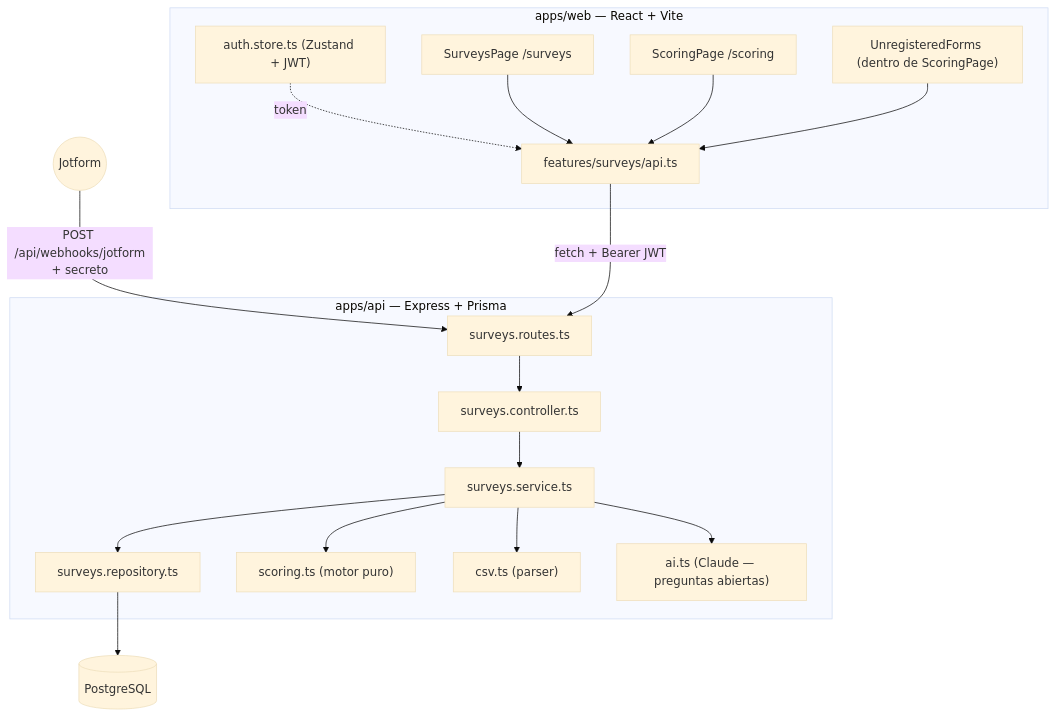
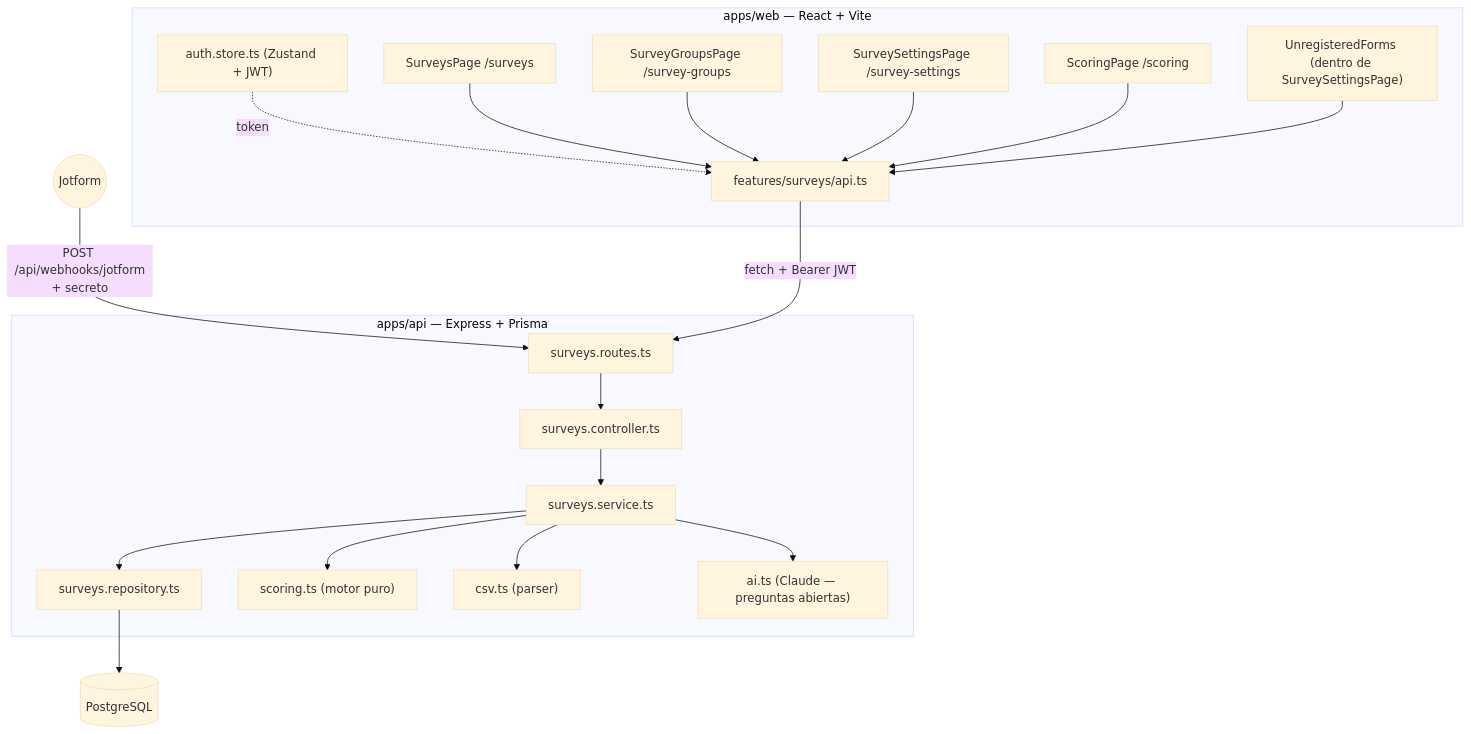
One commit to Gustav0AB/epi-web changed the first of 8 diagrams in docs/evaluaciones-flujo.md. Above: the diagram before and after it, drawn with Mermaid (base theme). The commit also changed other lines of this file and 9 other files, not shown here.

````diff
--- a/docs/evaluaciones-flujo.md
+++ b/docs/evaluaciones-flujo.md
@@ -16,34 +16,38 @@
 ```mermaid
 graph TD
     subgraph Frontend["apps/web — React + Vite"]
         SurveysPage["SurveysPage /surveys"]
+        SurveyGroupsPage["SurveyGroupsPage /survey-groups"]
+        SurveySettingsPage["SurveySettingsPage /survey-settings"]
         ScoringPage["ScoringPage /scoring"]
-        UnregisteredForms["UnregisteredForms (dentro de ScoringPage)"]
+        UnregisteredForms["UnregisteredForms (dentro de SurveySettingsPage)"]
         AuthStore["auth.store.ts (Zustand + JWT)"]
         SurveyApi["features/surveys/api.ts"]
     end
 
     subgraph Backend["apps/api — Express + Prisma"]
         Routes["surveys.routes.ts"]
         Controller["surveys.controller.ts"]
         Service["surveys.service.ts"]
         Repo["surveys.repository.ts"]
         Scoring["scoring.ts (motor puro)"]
         Csv["csv.ts (parser)"]
         AI["ai.ts (Claude — preguntas abiertas)"]
     end
 
     Jotform((Jotform)) -->|"POST /api/webhooks/jotform<br/>+ secreto"| Routes
     SurveyApi -->|"fetch + Bearer JWT"| Routes
     AuthStore -.token.-> SurveyApi
 
     Routes --> Controller --> Service
     Service --> Scoring
     Service --> Csv
     Service --> AI
     Service --> Repo --> DB[("PostgreSQL")]
 
     SurveysPage --> SurveyApi
+    SurveyGroupsPage --> SurveyApi
+    SurveySettingsPage --> SurveyApi
     ScoringPage --> SurveyApi
     UnregisteredForms --> SurveyApi
 ```
````
